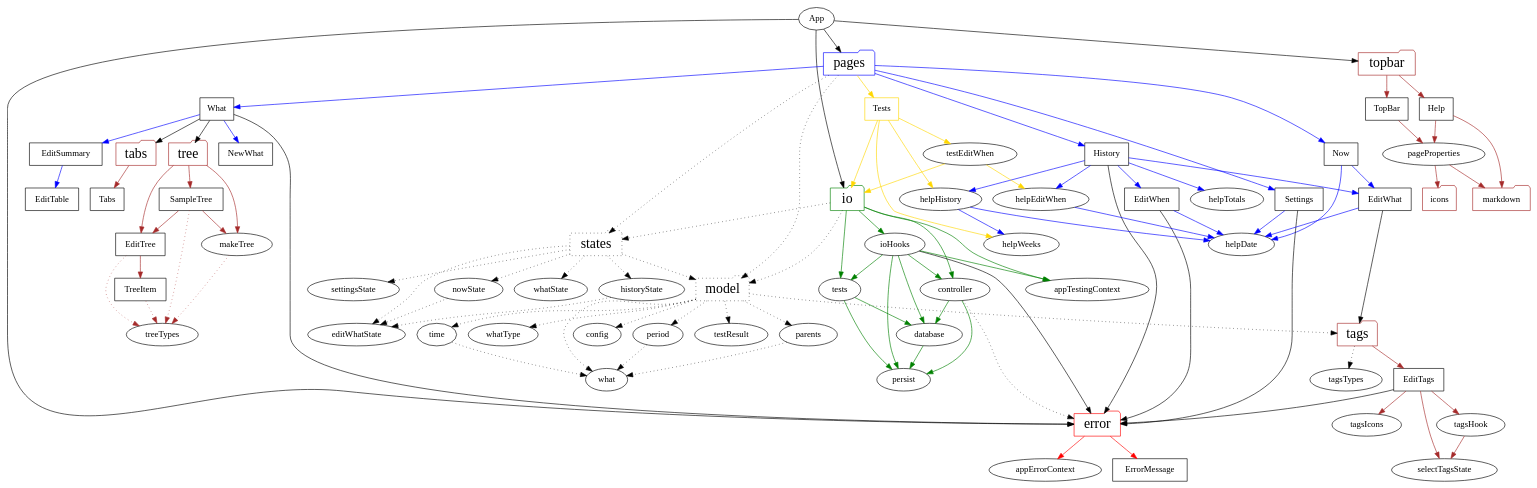
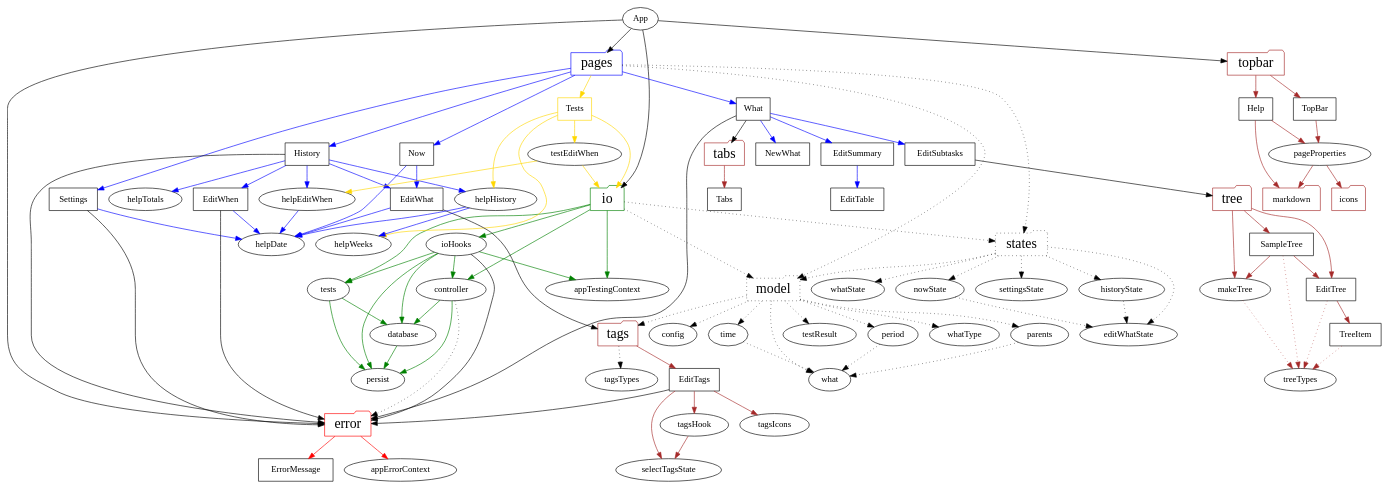
One commit to cwellsx/time changed the diagram in dependencies/dependencies.dot. Above: the diagram before and after it, drawn with Graphviz. The commit also changed 10 other files, not shown here.

Commit message:
implement EditSubtasks using EditTree

```diff
--- a/dependencies/dependencies.dot
+++ b/dependencies/dependencies.dot
@@ -1,111 +1,113 @@
 digraph SRC {
   "App" -> {"error" "io" "pages" "topbar"};
 
   "error" [shape=folder, color=red, fontsize="22pt"];
   "io" [shape=folder, color=green, fontsize="22pt"];
   "model" [shape=folder, fontsize="22pt"] [style=dotted];
   "pages" [shape=folder, color=blue, fontsize="22pt"];
   "states" [shape=folder, fontsize="22pt"] [style=dotted];
   "tabs" [shape=folder, color=brown, fontsize="22pt"];
   "tags" [shape=folder, color=brown, fontsize="22pt"];
   "topbar" [shape=folder, color=brown, fontsize="22pt"];
   "tree" [shape=folder, color=brown, fontsize="22pt"];
   "icons" [shape=folder, color=brown];
   "markdown" [shape=folder, color=brown];
   
   "error" -> {"ErrorMessage" "appErrorContext"} [color=red];
   "ErrorMessage" [shape=rect];
   "ErrorMessage" -> {};
   "appErrorContext" -> {};
 
   "io" -> {"controller" "ioHooks" "tests" "appTestingContext"} [color=green];
   "io" -> {"model" "states"} [style=dotted];
   "controller" -> {"persist" "database"} [color=green];
   "controller" -> {"error"} [style=dotted];
   "database" -> {"persist"} [color=green];
   "ioHooks" -> {"controller" "database" "persist" "tests" "appTestingContext"} [color=green];
   "ioHooks" -> {"error"};
   "tests" -> {"database" "persist"} [color=green];
   "persist" -> {}
   "appTestingContext" -> {};
 
   "model" -> {"config" "period" "testResult" "parents" "time" "tags" "whatType" "what"} [style=dotted];
   "config" -> {} [style=dotted];
   "period" -> {"what"} [style=dotted];
   "testResult" -> {} [style=dotted];
   "time" -> {"what"} [style=dotted];
   "parents" -> {"what"} [style=dotted];
   "what" -> {} [style=dotted];
   "whatType" -> {} [style=dotted];
 
   "pages" -> {"Now" "What" "History" "Settings"} [color=blue];
   "pages" -> {"Tests"} [color=gold];
   "Now" [shape=rect];
   "What" [shape=rect];
   "History" [shape=rect];
   "Settings" [shape=rect];
   "Tests" [shape=rect] [color=gold];
   "EditWhat" [shape=rect];
   "EditWhen" [shape=rect];
   "EditTable" [shape=rect];
   "EditSummary" [shape=rect];
+  "EditSubtasks" [shape=rect];
   "NewWhat" [shape=rect];
   "pages" -> {"model" "states"} [style=dotted];
   "helpDate" -> {};
   "helpWeeks" -> {};
   "helpTotals" -> {};
   "Now" -> {"helpDate" "EditWhat"} [color=blue];
-  "What" -> {"tabs" "error" "tree"};
-  "What" -> {"NewWhat" "EditSummary"} [color=blue];
+  "What" -> {"tabs" "error"};
+  "What" -> {"NewWhat" "EditSummary" "EditSubtasks"} [color=blue];
   "EditSummary" -> {"EditTable"} [color=blue];
+  "EditSubtasks" -> {"tree"};
   "History" -> {"helpHistory" "helpTotals" "EditWhat" "EditWhen" "helpEditWhen"} [color=blue];
   "History" -> {"error"};
   "Settings" -> {"helpDate"} [color=blue];
   "Settings" -> {"error"};
   "Tests" -> {"testEditWhen" "helpWeeks" "helpHistory" "io"} [color=gold];
   "helpHistory" -> {"helpWeeks" "helpDate"} [color=blue];
   "testEditWhen" -> {"helpEditWhen" "io"} [color=gold];
   "helpEditWhen" -> {"helpDate"} [color=blue];
   "EditWhat" -> {"helpDate"} [color=blue]
   "EditWhat" -> {"tags"};
   "EditWhen" -> {"helpDate"} [color=blue]
   "EditWhen" -> {"error"}
 
   "states" -> {"nowState" "whatState" "historyState" "settingsState" "editWhatState" "model"} [style=dotted];
   "nowState" -> {"editWhatState"} [style=dotted];
   "whatState" -> {} [style=dotted];
   "historyState" -> {"editWhatState"} [style=dotted];
   "settingsState" -> {} [style=dotted];
   "editWhatState" -> {} [style=dotted];
 
   "tabs" -> {"Tabs"} [color=brown];
   "Tabs" [shape=rect];
   "Tabs" -> {};
 
   "tree" -> {"EditTree" "SampleTree" "makeTree"} [color=brown];
   "EditTree" [shape=rect];
   "SampleTree" [shape=rect];
   "TreeItem" [shape=rect];
   "EditTree" -> {"treeTypes"} [style=dotted, color=brown];
   "EditTree" -> {"TreeItem"} [color=brown];
   "TreeItem" -> {"treeTypes"} [style=dotted, color=brown];
   "SampleTree" -> {"EditTree" "makeTree"} [color=brown];
   "SampleTree" -> {"treeTypes"} [style=dotted, color=brown];
   "makeTree" -> {"treeTypes"} [style=dotted, color=brown];
 
   "tags" -> {"EditTags"} [color=brown];
   "tags" -> {"tagsTypes"} [style=dotted];
   "EditTags" [shape=rect];
   "EditTags" -> {"selectTagsState" "tagsHook" "tagsIcons"} [color=brown];
   "EditTags" -> {"error"};
   "tagsHook" -> {"selectTagsState"} [color=brown];
   "tagsIcons" -> {};
   "tagsTypes" -> {} [style=dotted, color=brown];
 
   "topbar" -> {"TopBar" "Help"} [color=brown];
   "TopBar" [shape=rect];
   "Help" [shape=rect];
   "TopBar" -> {"pageProperties"} [color=brown];
   "pageProperties" -> {"markdown" "icons"} [color=brown];
   "Help" -> {"markdown" "pageProperties"} [color=brown];
 }
```
